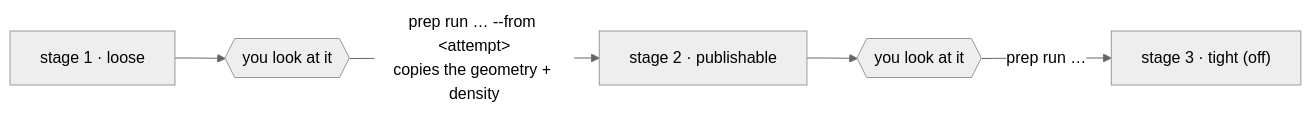
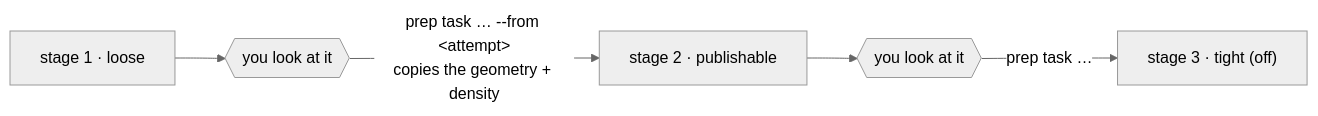
One commit to Qing-LAB/molbuilder changed the fourth of 4 diagrams in docs/engines/tuning.md. Above: the diagram before and after it, drawn with Mermaid (neutral theme). The commit also changed other lines of this file and 30 other files, not shown here.

````diff
--- a/docs/engines/tuning.md
+++ b/docs/engines/tuning.md
@@ -924,6 +924,6 @@
 ```mermaid
 flowchart LR
     S1["stage 1 · loose"] --> L1{{"you look at it"}}
-    L1 -->|"prep run … --from &lt;attempt&gt;<br/>copies the geometry + density"| S2["stage 2 · publishable"]
-    S2 --> L2{{"you look at it"}} -->|"prep run …"| S3["stage 3 · tight (off)"]
+    L1 -->|"prep task … --from &lt;attempt&gt;<br/>copies the geometry + density"| S2["stage 2 · publishable"]
+    S2 --> L2{{"you look at it"}} -->|"prep task …"| S3["stage 3 · tight (off)"]
 ```
````
